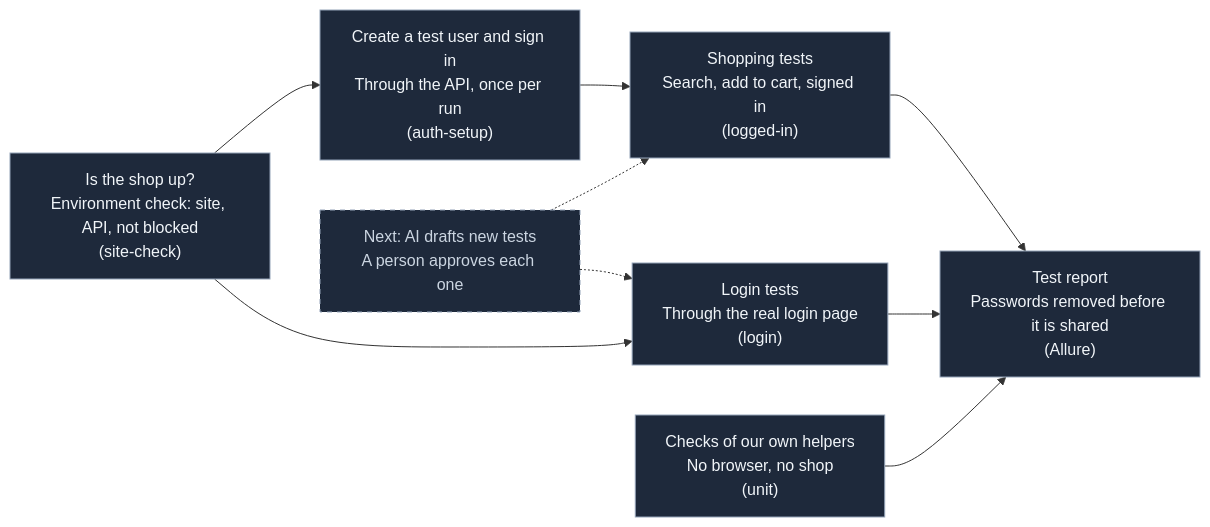
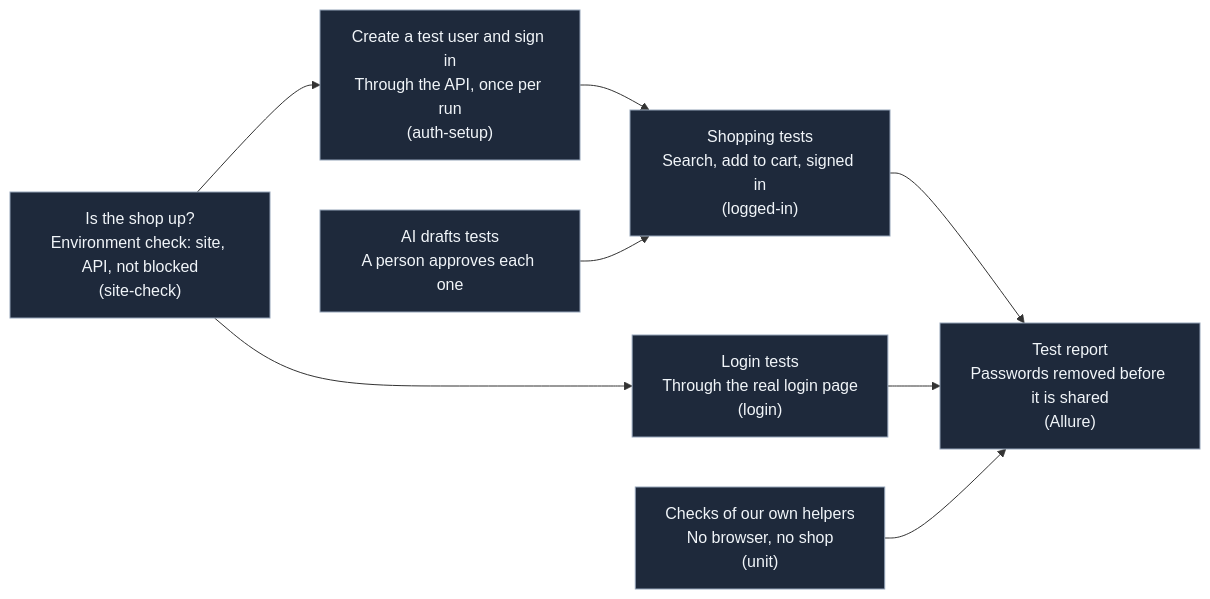
One commit to rahulsharma-qe/playwright-qa-agent changed the diagram in README.md. Above: the diagram before and after it, drawn with Mermaid. The commit also changed other lines of this file, not shown here.

First line of the commit message:
README: Toolshop-only claims said so, the fork rule once, six hand-written tests, one account count, baselines for the five original tests

````diff
--- a/README.md
+++ b/README.md
@@ -80,15 +90,12 @@
 ```mermaid
 flowchart LR
   ENV["Is the shop up?<br/>Environment check: site, API, not blocked<br/>(site-check)"] --> USER["Create a test user and sign in<br/>Through the API, once per run<br/>(auth-setup)"] --> SHOP["Shopping tests<br/>Search, add to cart, signed in<br/>(logged-in)"]
   ENV --> LOGIN["Login tests<br/>Through the real login page<br/>(login)"]
   UNIT["Checks of our own helpers<br/>No browser, no shop<br/>(unit)"]
   SHOP --> REP["Test report<br/>Passwords removed before it is shared<br/>(Allure)"]
   LOGIN --> REP
   UNIT --> REP
-  NEXT["Next: AI drafts new tests<br/>A person approves each one"] -.-> SHOP
-  NEXT -.-> LOGIN
+  AI["AI drafts tests<br/>A person approves each one"] --> SHOP
   classDef box fill:#1e293b,stroke:#94a3b8,color:#f1f5f9
-  classDef later fill:#1e293b,stroke:#94a3b8,color:#cbd5e1,stroke-dasharray: 5 5
-  class ENV,USER,SHOP,LOGIN,UNIT,REP box
-  class NEXT later
+  class ENV,USER,SHOP,LOGIN,UNIT,REP,AI box
 ```
````
